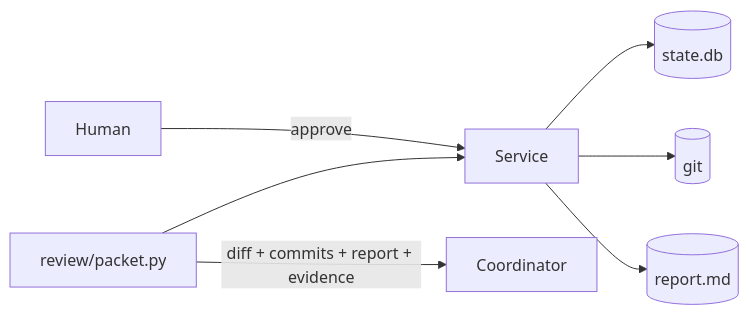
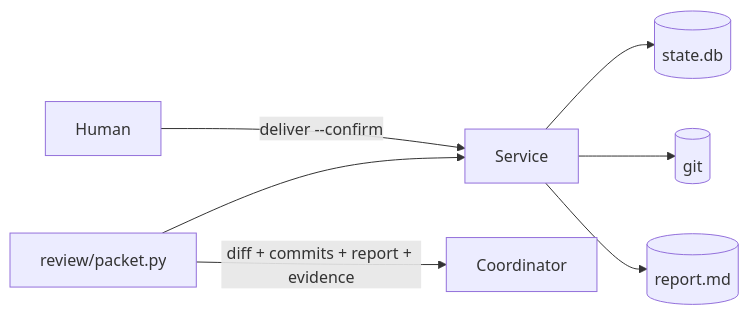
The diagram in docs/review.md (ming6ao/sliceme), drawn with Mermaid before and after one commit. The commit also changed other lines of this file and 30 other files, not shown here.

````diff
--- a/docs/review.md
+++ b/docs/review.md
@@ -39,9 +39,9 @@
 ```mermaid
 flowchart LR
-  H["Human"] -->|"approve"| S["Service"]
+  H["Human"] -->|"deliver --confirm"| S["Service"]
   S --> D[("state.db")]
   S --> G[("git")]
   S --> R[("report.md")]
   P["review/packet.py"] --> S
   P -->|"diff + commits + report + evidence"| C["Coordinator"]
 ```
````
